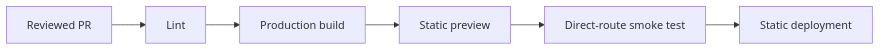
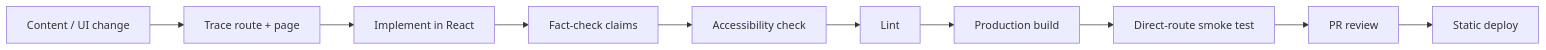
Before and after one commit to HidayahMF/OutGamble: the fourth of 6 diagrams in docs/development-pipeline.md, drawn with Mermaid. The commit also changed other lines of this file, not shown here.

````diff
--- a/docs/development-pipeline.md
+++ b/docs/development-pipeline.md
@@ -80,8 +69,12 @@
 ```mermaid
 flowchart LR
-    PR[Reviewed PR] --> LINT[Lint]
-    LINT --> BUILD[Production build]
-    BUILD --> PREVIEW[Static preview]
-    PREVIEW --> ROUTES[Direct-route smoke test]
-    ROUTES --> DEPLOY[Static deployment]
+    A[Content / UI change] --> B[Trace route + page]
+    B --> C[Implement in React]
+    C --> D[Fact-check claims]
+    D --> E[Accessibility check]
+    E --> F[Lint]
+    F --> G[Production build]
+    G --> H[Direct-route smoke test]
+    H --> I[PR review]
+    I --> J[Static deploy]
 ```
````
